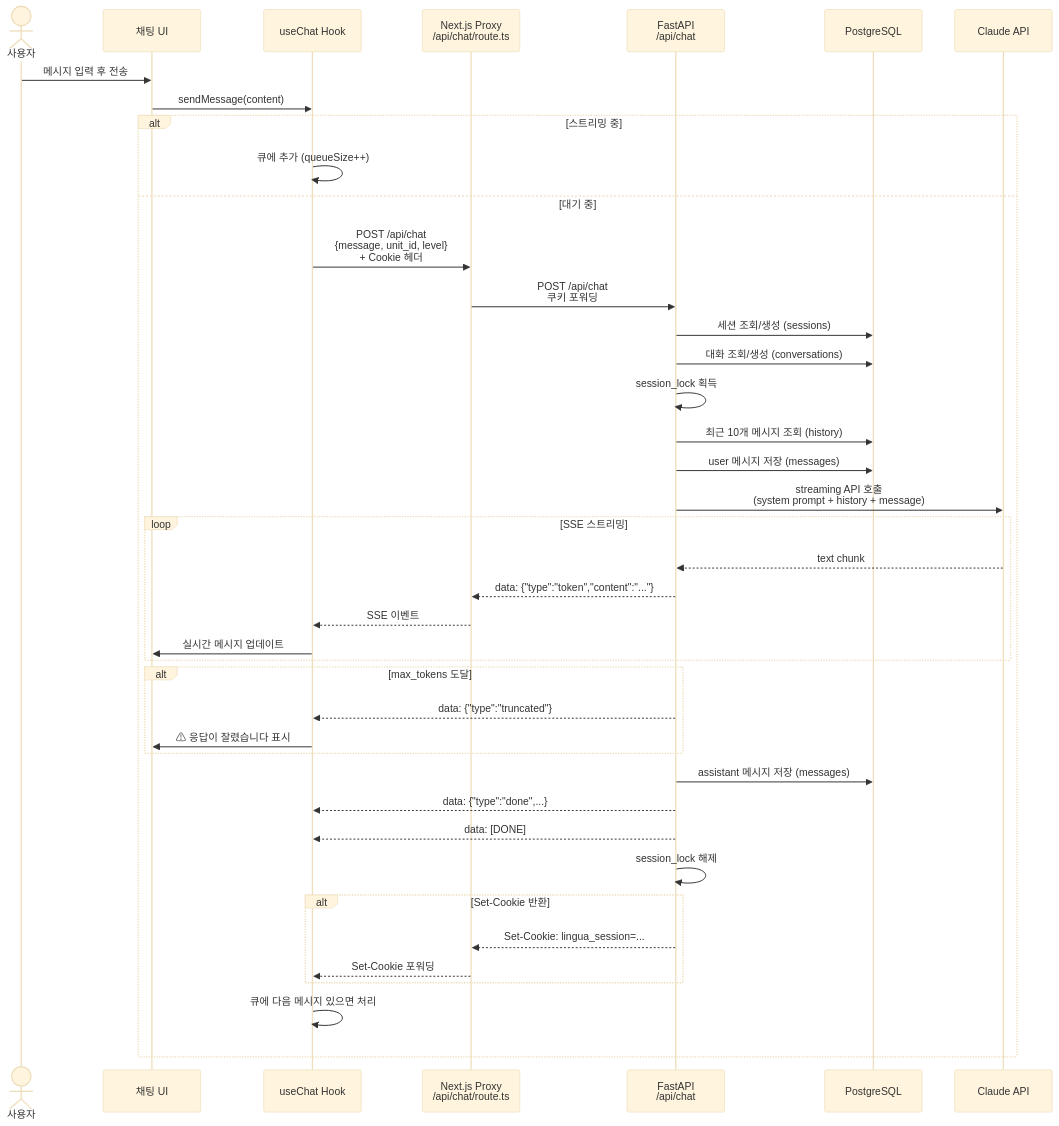
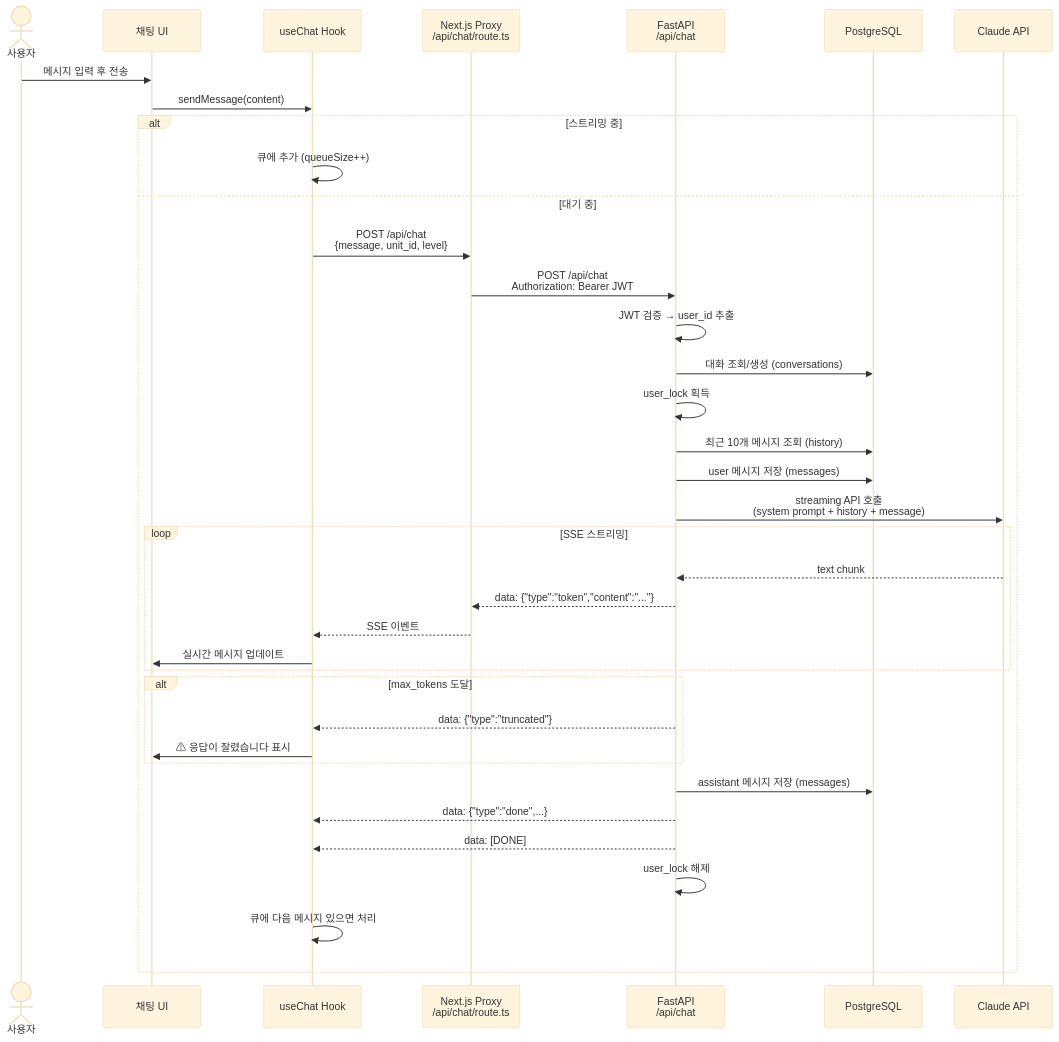
The third of 4 diagrams in README.md (JayKim88/lingua-rag), drawn with Mermaid (base theme) before and after one commit. The commit also changed other lines of this file and 11 other files, not shown here.

````diff
--- a/README.md
+++ b/README.md
@@ -59,51 +108,46 @@
 ```mermaid
 sequenceDiagram
     actor User as 사용자
     participant UI as 채팅 UI
     participant Hook as useChat Hook
     participant Proxy as Next.js Proxy<br/>/api/chat/route.ts
     participant API as FastAPI<br/>/api/chat
     participant DB as PostgreSQL
     participant LLM as Claude API
 
     User->>UI: 메시지 입력 후 전송
     UI->>Hook: sendMessage(content)
 
     alt 스트리밍 중
         Hook->>Hook: 큐에 추가 (queueSize++)
     else 대기 중
-        Hook->>Proxy: POST /api/chat<br/>{message, unit_id, level}<br/>+ Cookie 헤더
-        Proxy->>API: POST /api/chat<br/>쿠키 포워딩
-        API->>DB: 세션 조회/생성 (sessions)
+        Hook->>Proxy: POST /api/chat<br/>{message, unit_id, level}
+        Proxy->>API: POST /api/chat<br/>Authorization: Bearer JWT
+        API->>API: JWT 검증 → user_id 추출
         API->>DB: 대화 조회/생성 (conversations)
-        API->>API: session_lock 획득
+        API->>API: user_lock 획득
         API->>DB: 최근 10개 메시지 조회 (history)
         API->>DB: user 메시지 저장 (messages)
 
         API->>LLM: streaming API 호출<br/>(system prompt + history + message)
 
         loop SSE 스트리밍
             LLM-->>API: text chunk
             API-->>Proxy: data: {"type":"token","content":"..."}
             Proxy-->>Hook: SSE 이벤트
             Hook->>UI: 실시간 메시지 업데이트
         end
 
         alt max_tokens 도달
             API-->>Hook: data: {"type":"truncated"}
             Hook->>UI: ⚠ 응답이 잘렸습니다 표시
         end
 
         API->>DB: assistant 메시지 저장 (messages)
         API-->>Hook: data: {"type":"done",...}
         API-->>Hook: data: [DONE]
-        API->>API: session_lock 해제
-
-        alt Set-Cookie 반환
-            API-->>Proxy: Set-Cookie: lingua_session=...
-            Proxy-->>Hook: Set-Cookie 포워딩
-        end
+        API->>API: user_lock 해제
 
         Hook->>Hook: 큐에 다음 메시지 있으면 처리
     end
 ```
````
